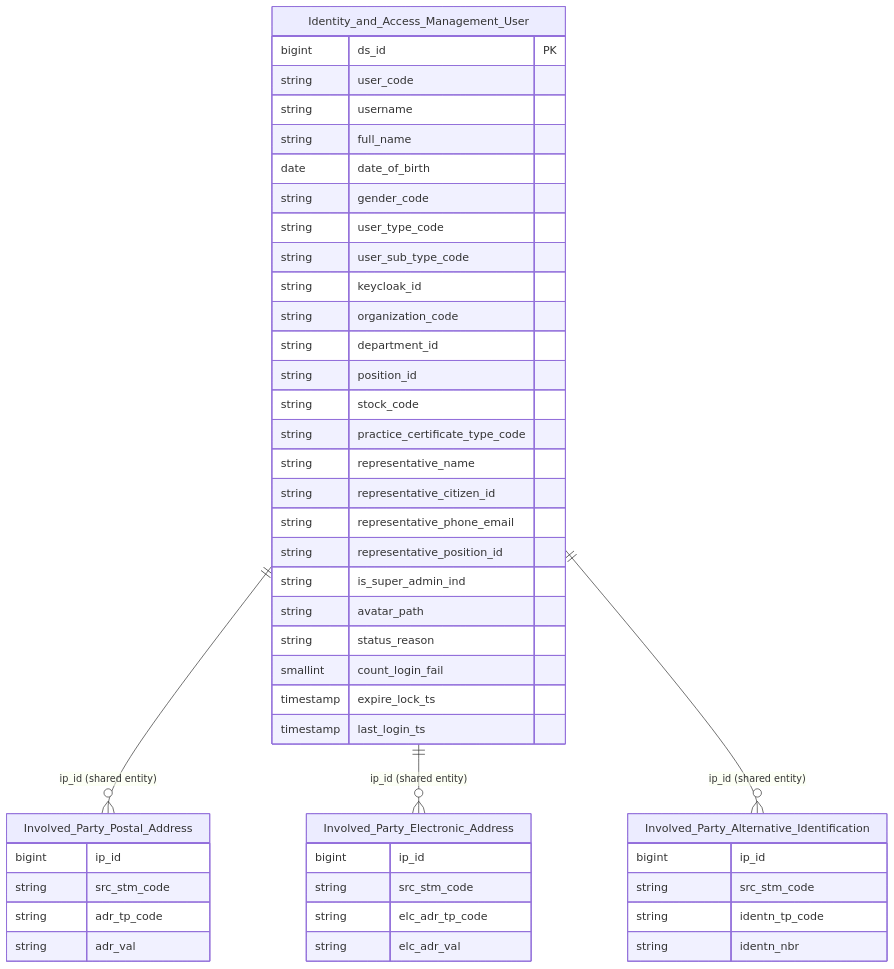
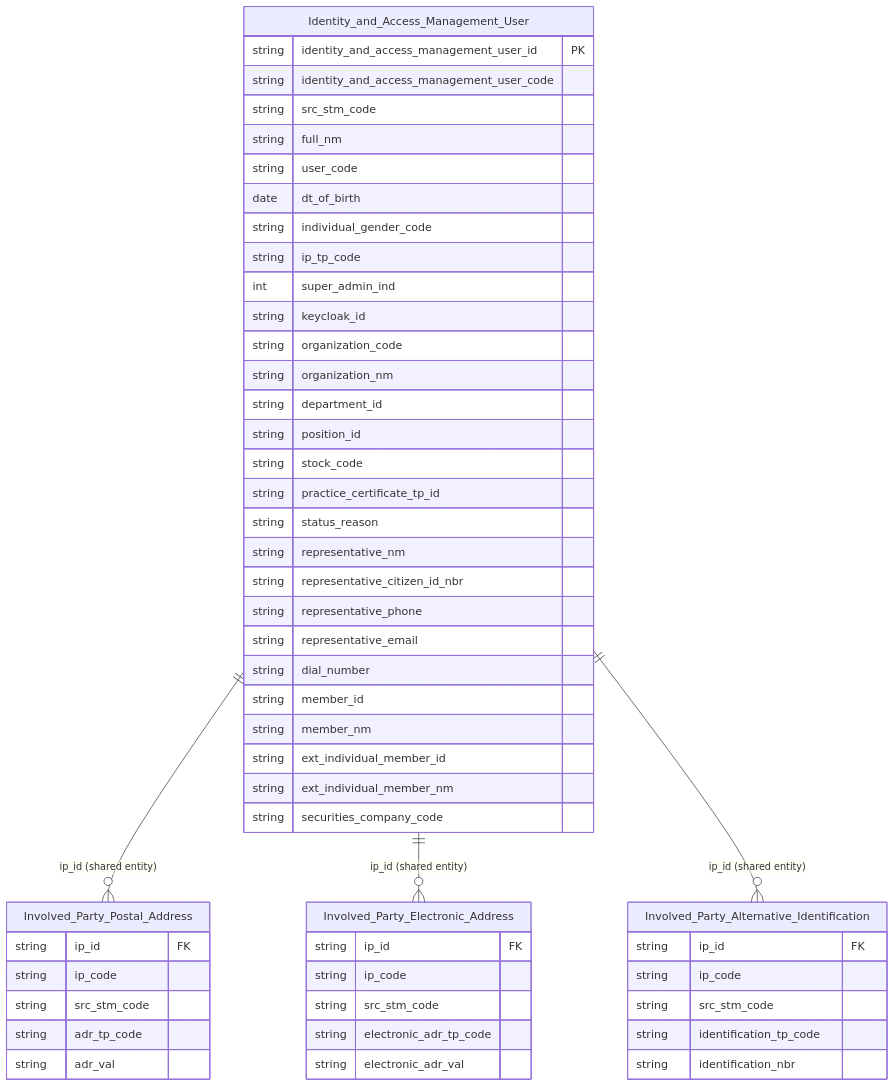
Before and after one commit to linhlvit/ubck_atomic_design: the second of 2 diagrams in DataModel/working/Atomic/hld/IAM_HLD_Tier1.md, drawn with Mermaid. The commit also changed 96 other files, not shown here.

````diff
--- a/DataModel/working/Atomic/hld/IAM_HLD_Tier1.md
+++ b/DataModel/working/Atomic/hld/IAM_HLD_Tier1.md
@@ -70,54 +70,60 @@
 ```mermaid
 erDiagram
     Identity_and_Access_Management_User {
-        bigint ds_id PK
+        string identity_and_access_management_user_id PK
+        string identity_and_access_management_user_code
+        string src_stm_code
+        string full_nm
         string user_code
-        string username
-        string full_name
-        date date_of_birth
-        string gender_code
-        string user_type_code
-        string user_sub_type_code
+        date dt_of_birth
+        string individual_gender_code
+        string ip_tp_code
+        int super_admin_ind
         string keycloak_id
         string organization_code
+        string organization_nm
         string department_id
         string position_id
         string stock_code
-        string practice_certificate_type_code
-        string representative_name
-        string representative_citizen_id
-        string representative_phone_email
-        string representative_position_id
-        string is_super_admin_ind
-        string avatar_path
+        string practice_certificate_tp_id
         string status_reason
-        smallint count_login_fail
-        timestamp expire_lock_ts
-        timestamp last_login_ts
+        string representative_nm
+        string representative_citizen_id_nbr
+        string representative_phone
+        string representative_email
+        string dial_number
+        string member_id
+        string member_nm
+        string ext_individual_member_id
+        string ext_individual_member_nm
+        string securities_company_code
     }
 
     Involved_Party_Postal_Address {
-        bigint ip_id
+        string ip_id FK
+        string ip_code
         string src_stm_code
         string adr_tp_code
         string adr_val
     }
 
     Involved_Party_Electronic_Address {
-        bigint ip_id
+        string ip_id FK
+        string ip_code
         string src_stm_code
-        string elc_adr_tp_code
-        string elc_adr_val
+        string electronic_adr_tp_code
+        string electronic_adr_val
     }
 
     Involved_Party_Alternative_Identification {
-        bigint ip_id
+        string ip_id FK
+        string ip_code
         string src_stm_code
-        string identn_tp_code
-        string identn_nbr
+        string identification_tp_code
+        string identification_nbr
     }
 
     Identity_and_Access_Management_User ||--o{ Involved_Party_Postal_Address : "ip_id (shared entity)"
     Identity_and_Access_Management_User ||--o{ Involved_Party_Electronic_Address : "ip_id (shared entity)"
     Identity_and_Access_Management_User ||--o{ Involved_Party_Alternative_Identification : "ip_id (shared entity)"
 ```
````
